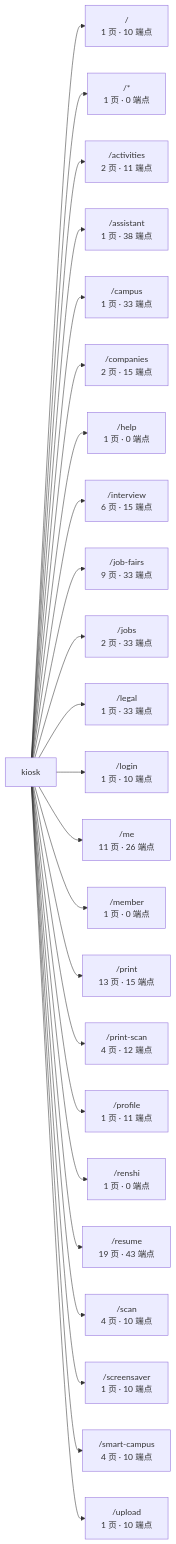
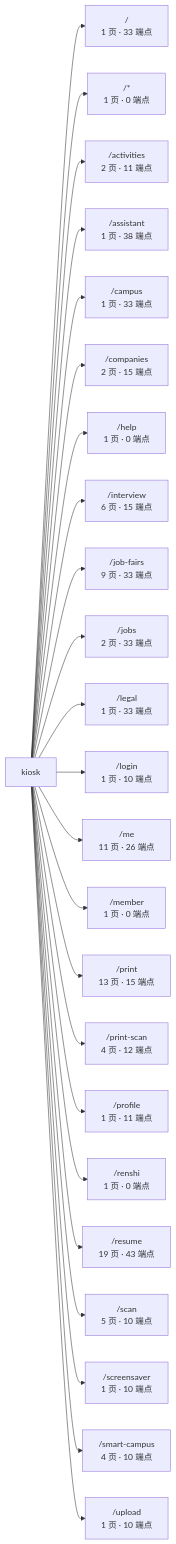
The first of 3 diagrams in docs/graph/routes.md (wanglei581/YITIJI), drawn with Mermaid before and after one commit. The commit also changed other lines of this file and 8 other files, not shown here.

First line of the commit message:
docs(graph): refresh the R3 project graph

````diff
--- a/docs/graph/routes.md
+++ b/docs/graph/routes.md
@@ -17,27 +17,27 @@
 ```mermaid
 flowchart LR
   app["kiosk"]
-  app --> _root_["/<br/>1 页 · 10 端点"]
+  app --> _root_["/<br/>1 页 · 33 端点"]
   app --> _["/*<br/>1 页 · 0 端点"]
   app --> activities["/activities<br/>2 页 · 11 端点"]
   app --> assistant["/assistant<br/>1 页 · 38 端点"]
   app --> campus["/campus<br/>1 页 · 33 端点"]
   app --> companies["/companies<br/>2 页 · 15 端点"]
   app --> help["/help<br/>1 页 · 0 端点"]
   app --> interview["/interview<br/>6 页 · 15 端点"]
   app --> job_fairs["/job-fairs<br/>9 页 · 33 端点"]
   app --> jobs["/jobs<br/>2 页 · 33 端点"]
   app --> legal["/legal<br/>1 页 · 33 端点"]
   app --> login["/login<br/>1 页 · 10 端点"]
   app --> me["/me<br/>11 页 · 26 端点"]
   app --> member["/member<br/>1 页 · 0 端点"]
   app --> print["/print<br/>13 页 · 15 端点"]
   app --> print_scan["/print-scan<br/>4 页 · 12 端点"]
   app --> profile["/profile<br/>1 页 · 11 端点"]
   app --> renshi["/renshi<br/>1 页 · 0 端点"]
   app --> resume["/resume<br/>19 页 · 43 端点"]
-  app --> scan["/scan<br/>4 页 · 10 端点"]
+  app --> scan["/scan<br/>5 页 · 10 端点"]
   app --> screensaver["/screensaver<br/>1 页 · 10 端点"]
   app --> smart_campus["/smart-campus<br/>4 页 · 10 端点"]
   app --> upload["/upload<br/>1 页 · 10 端点"]
 ```
````
